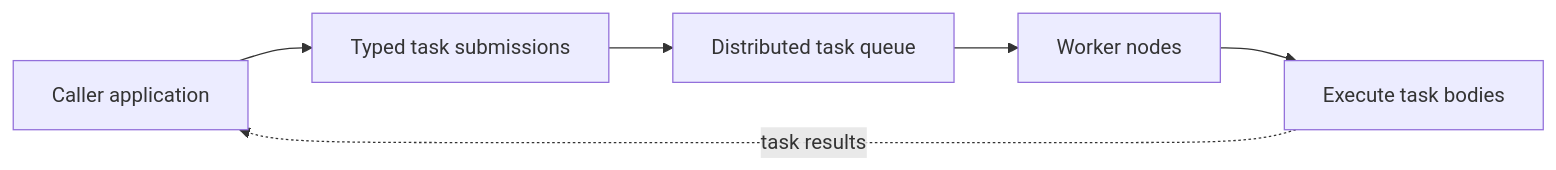
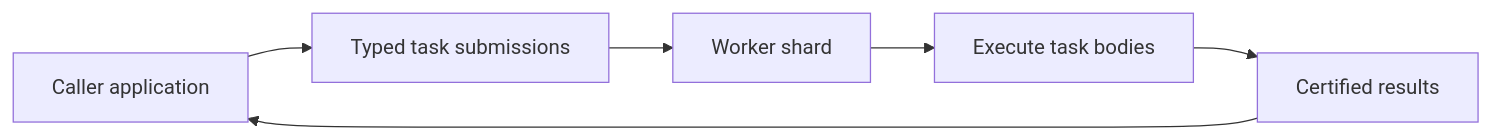
One commit to ztipnis/kabudachi changed the first of 2 diagrams in README.md. Above: the diagram before and after it, drawn with Mermaid. The commit also changed other lines of this file and 7 other files, not shown here.

````diff
--- a/README.md
+++ b/README.md
@@ -15,8 +17,8 @@
 ```mermaid
 flowchart LR
     Caller[Caller application] --> Tasks[Typed task submissions]
-    Tasks --> Queue[Distributed task queue]
-    Queue --> Workers[Worker nodes]
-    Workers --> Jobs[Execute task bodies]
-    Jobs -. task results .-> Caller
+    Tasks --> Shard[Worker shard]
+    Shard --> Workers[Execute task bodies]
+    Workers --> Results[Certified results]
+    Results --> Caller
 ```
````
